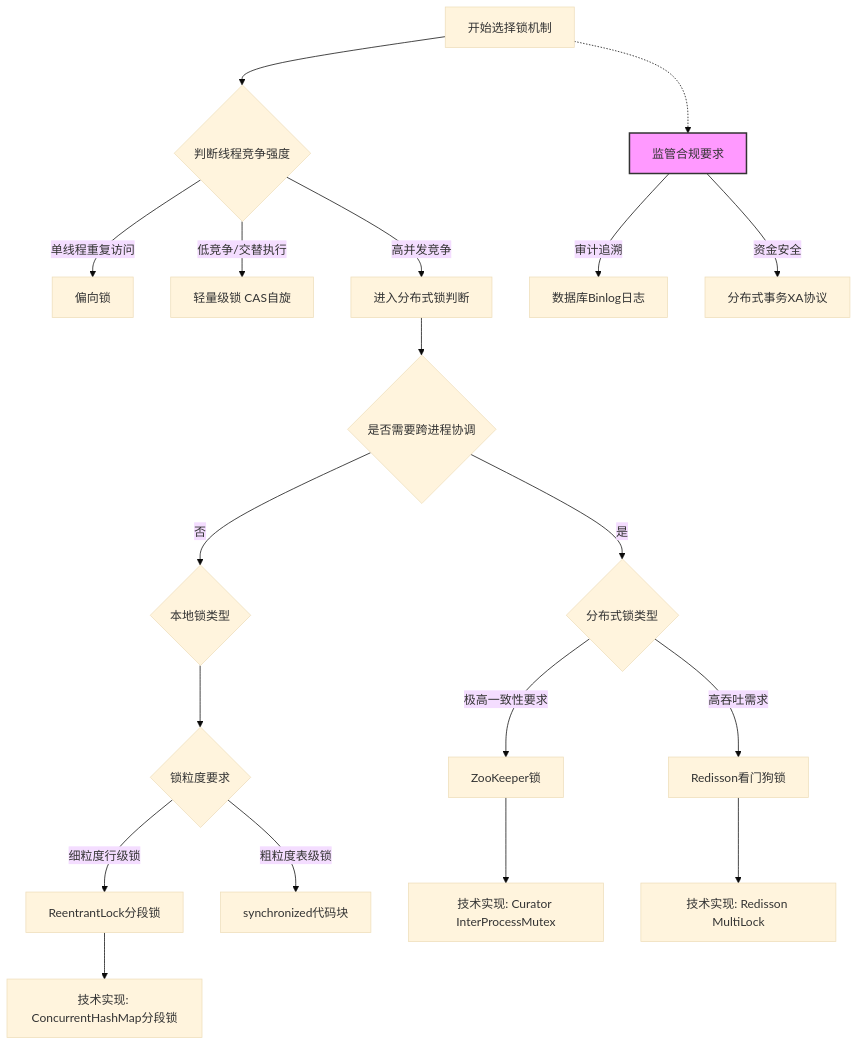
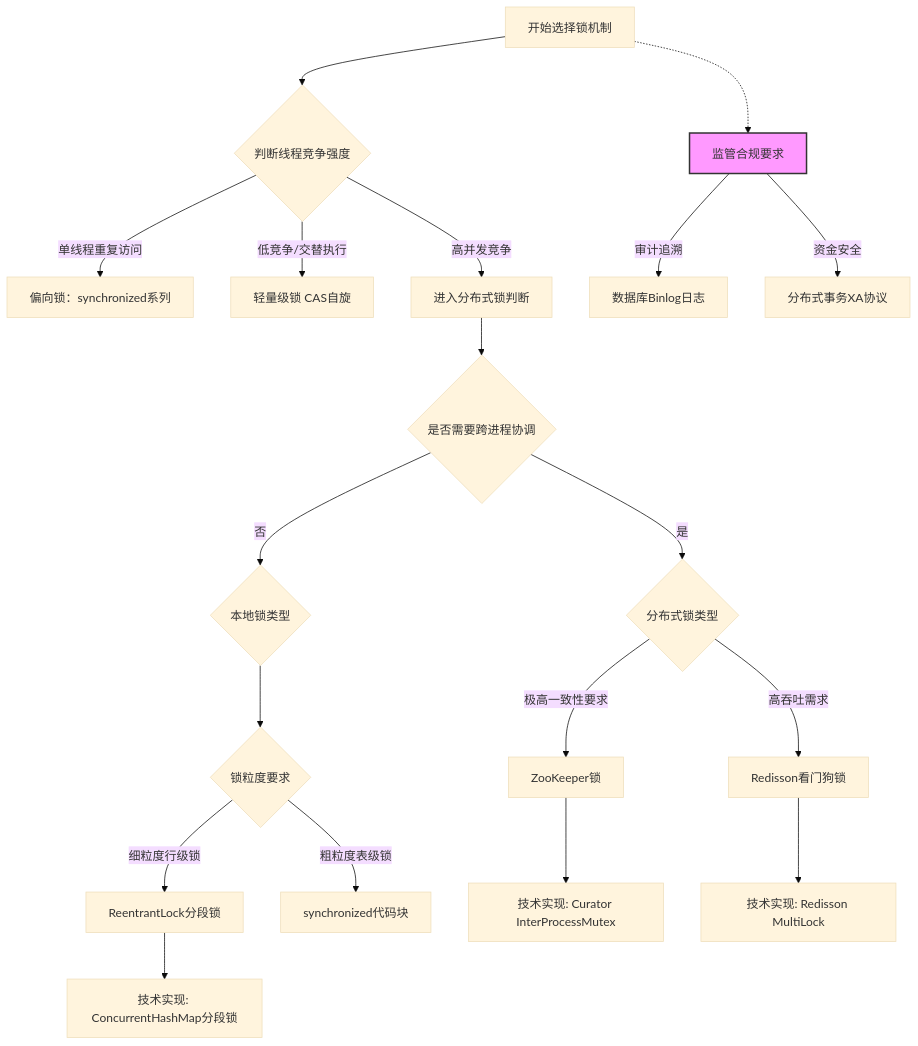
One commit to ouyangshourui/Java_Base_Pratice changed the diagram in fintech_lock.md. Above: the diagram before and after it, drawn with Mermaid (base theme).

````diff
--- a/fintech_lock.md
+++ b/fintech_lock.md
@@ -43,30 +43,30 @@
 ```mermaid
 graph TD
     Start[开始选择锁机制] --> ThreadContention{判断线程竞争强度}
     
-    ThreadContention -->|单线程重复访问| BiasLock[偏向锁]
+    ThreadContention -->|单线程重复访问| BiasLock[偏向锁：synchronized系列]
     ThreadContention -->|低竞争/交替执行| LightweightLock[轻量级锁 CAS自旋]
     ThreadContention -->|高并发竞争| HeavyLock[进入分布式锁判断]
     
     HeavyLock --> DistributedCheck{是否需要跨进程协调}
     
     DistributedCheck -->|是| DistributedLock{分布式锁类型}
     DistributedCheck -->|否| LocalLock{本地锁类型}
     
     DistributedLock -->|极高一致性要求| ZKLock[ZooKeeper锁]
     DistributedLock -->|高吞吐需求| RedisLock[Redisson看门狗锁]
     
     LocalLock --> Granularity{锁粒度要求}
     Granularity -->|细粒度行级锁| SegmentLock[ReentrantLock分段锁]
     Granularity -->|粗粒度表级锁| SynchronizedLock[synchronized代码块]
     
     ZKLock --> ZKImpl[技术实现: Curator InterProcessMutex]
     RedisLock --> RedisImpl[技术实现: Redisson MultiLock]
     SegmentLock --> SegmentImpl[技术实现: ConcurrentHashMap分段锁]
     
     Start -.-> ComplianceCheck[监管合规要求]:::important
     ComplianceCheck -->|审计追溯| Binlog[数据库Binlog日志] 
     ComplianceCheck -->|资金安全| XA[分布式事务XA协议]
     
     classDef important fill:#f9f,stroke:#333,stroke-width:2px;
 ```
````
